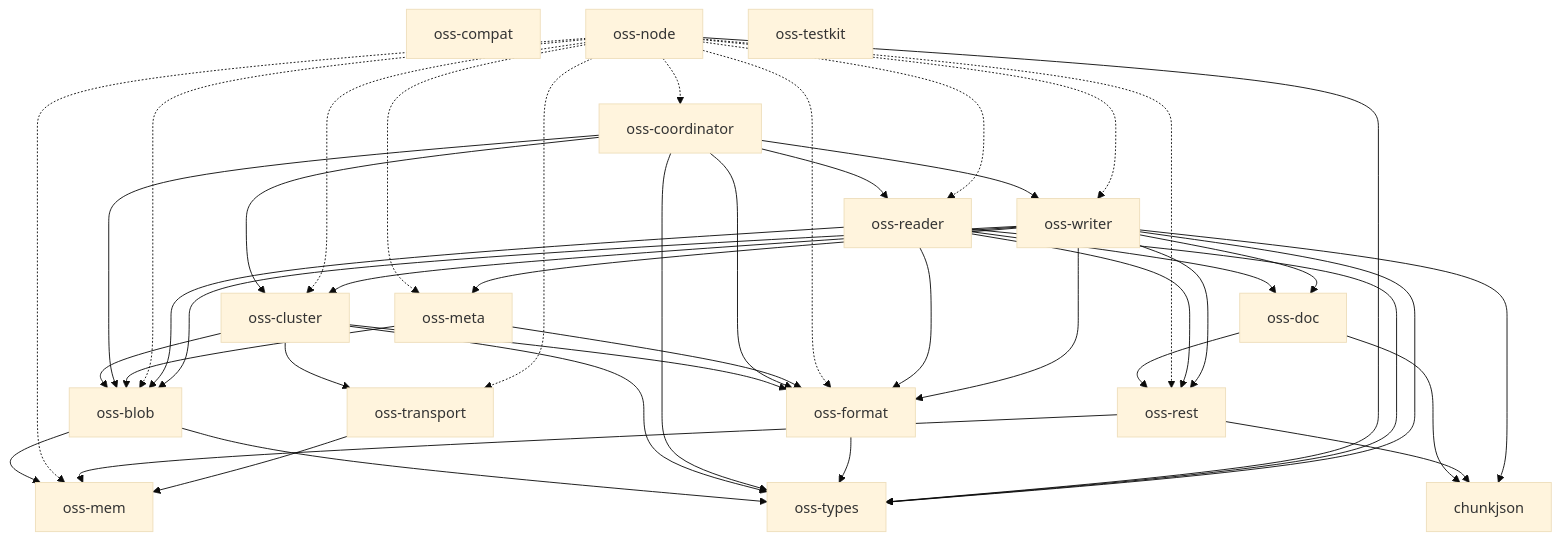
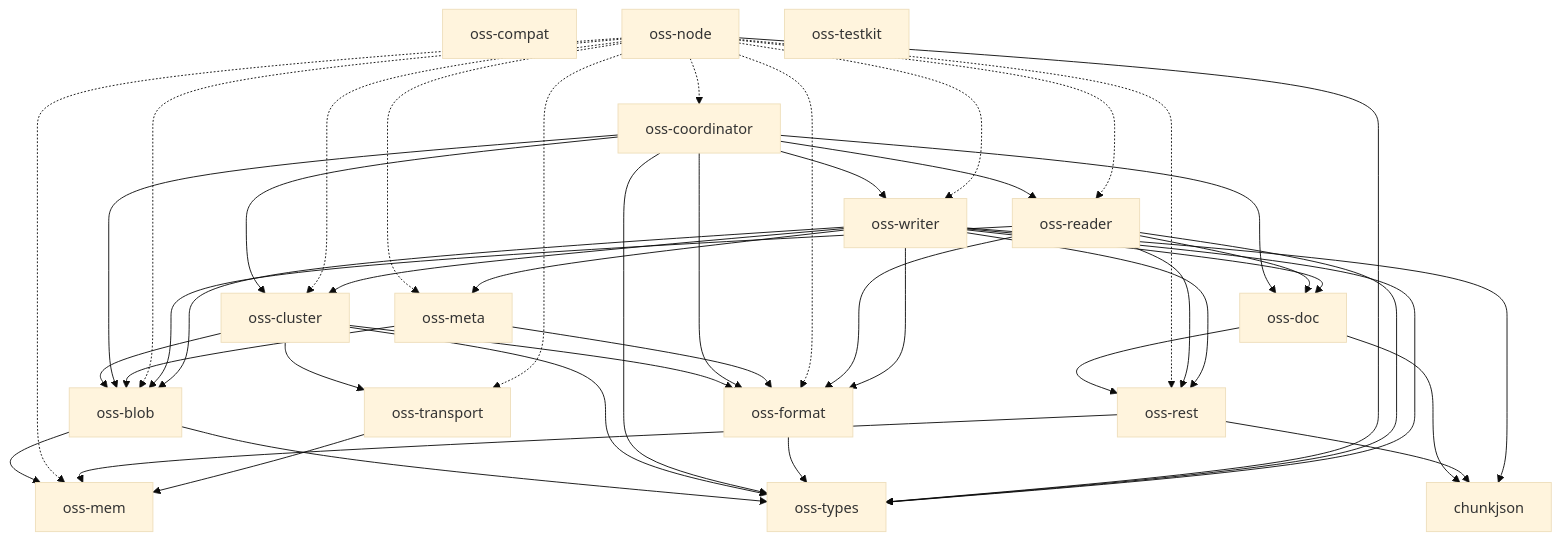
The diagram in docs/architecture.md (huyz0/opensearch-serverless), drawn with Mermaid (base theme) before and after one commit.

Commit message:
docs(coordinator): regenerate the crate map for the oss-doc dependency

````diff
--- a/docs/architecture.md
+++ b/docs/architecture.md
@@ -10,52 +10,53 @@
 ```mermaid
 graph TD
     chunkjson
     oss-blob --> oss-mem
     oss-blob --> oss-types
     oss-cluster --> oss-blob
     oss-cluster --> oss-format
     oss-cluster --> oss-transport
     oss-cluster --> oss-types
     oss-compat
     oss-coordinator --> oss-blob
     oss-coordinator --> oss-cluster
+    oss-coordinator --> oss-doc
     oss-coordinator --> oss-format
     oss-coordinator --> oss-reader
     oss-coordinator --> oss-types
     oss-coordinator --> oss-writer
     oss-doc --> chunkjson
     oss-doc --> oss-rest
     oss-format --> oss-types
     oss-mem
     oss-meta --> oss-blob
     oss-meta --> oss-format
     oss-node -.-> oss-blob
     oss-node -.-> oss-cluster
     oss-node -.-> oss-coordinator
     oss-node -.-> oss-format
     oss-node -.-> oss-mem
     oss-node -.-> oss-meta
     oss-node -.-> oss-reader
     oss-node -.-> oss-rest
     oss-node -.-> oss-transport
     oss-node --> oss-types
     oss-node -.-> oss-writer
     oss-reader --> oss-blob
     oss-reader --> oss-doc
     oss-reader --> oss-format
     oss-reader --> oss-rest
     oss-reader --> oss-types
     oss-rest --> chunkjson
     oss-rest --> oss-mem
     oss-testkit
     oss-transport --> oss-mem
     oss-types
     oss-writer --> chunkjson
     oss-writer --> oss-blob
     oss-writer --> oss-cluster
     oss-writer --> oss-doc
     oss-writer --> oss-format
     oss-writer --> oss-meta
     oss-writer --> oss-rest
     oss-writer --> oss-types
 ```
````
